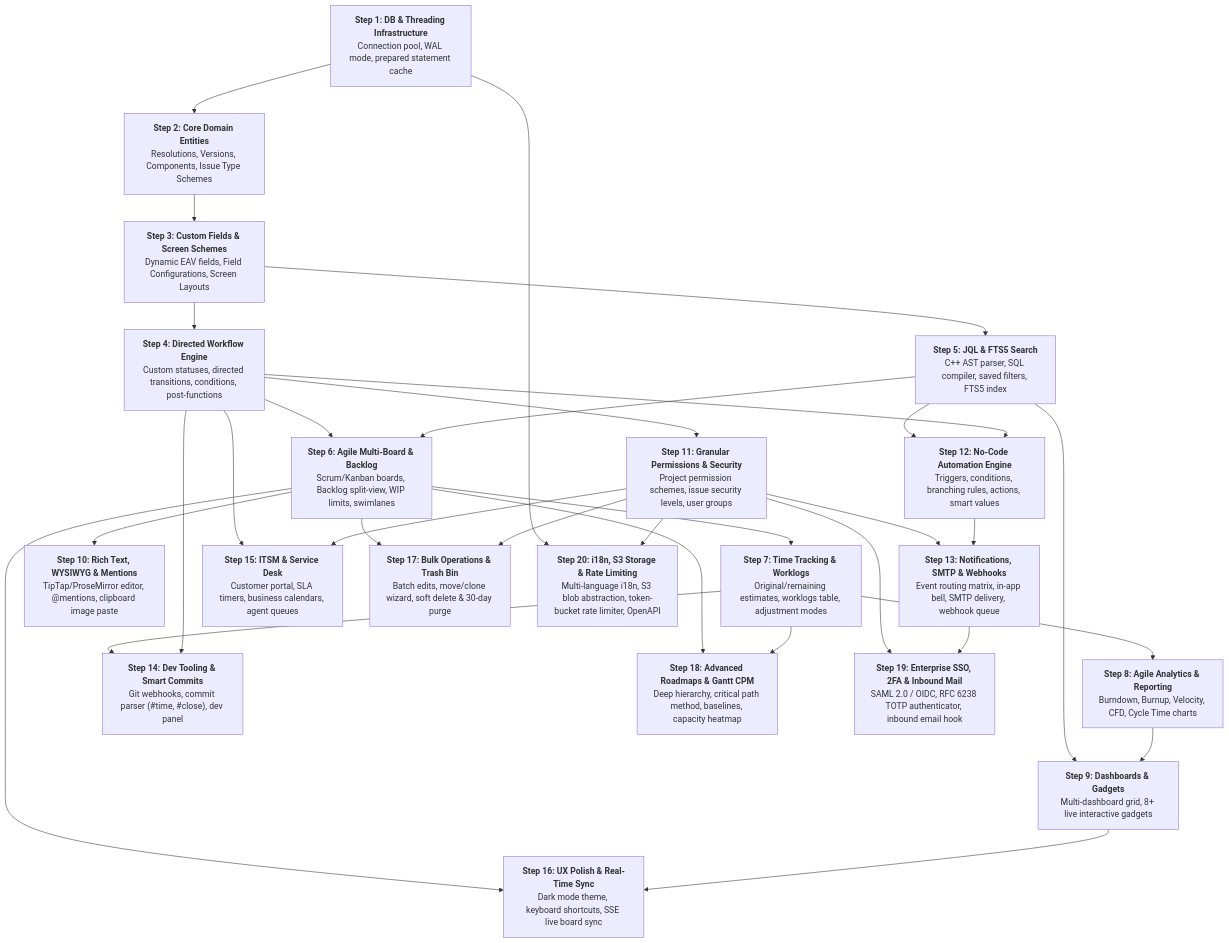
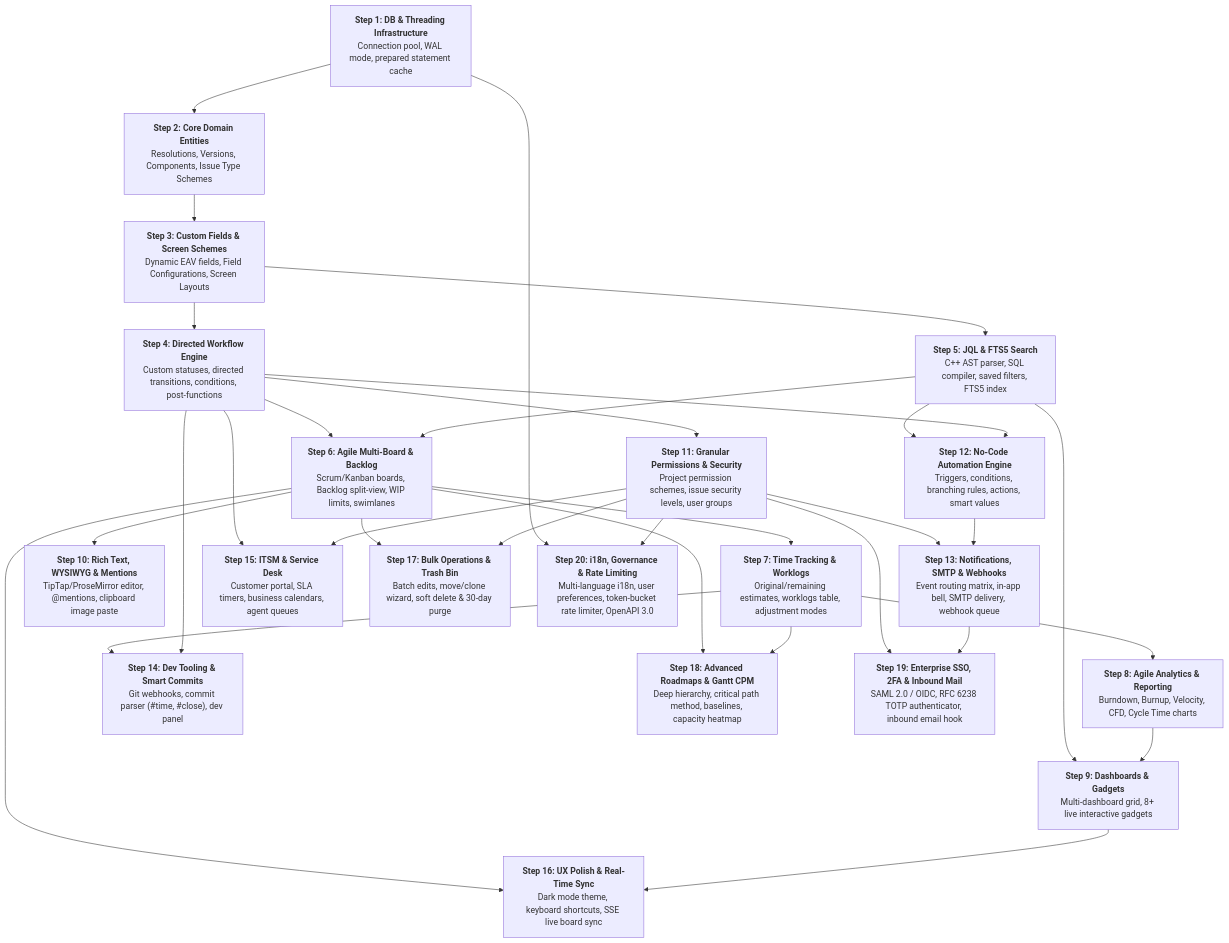
The diagram in demos/jiralike-demo/TODO.md (bokic/cpp_ws_backend), drawn with Mermaid before and after one commit. The commit also changed other lines of this file and 17 other files, not shown here.

Commit message:
jiralike-demo - Internationalization (i18n), Locale Preferences & Rate-Limiting Governance

````diff
--- a/demos/jiralike-demo/TODO.md
+++ b/demos/jiralike-demo/TODO.md
@@ -686,55 +686,55 @@
 ```mermaid
 flowchart TD
     S01["<b>Step 1: DB & Threading Infrastructure</b><br/>Connection pool, WAL mode, prepared statement cache"]
     S02["<b>Step 2: Core Domain Entities</b><br/>Resolutions, Versions, Components, Issue Type Schemes"]
     S03["<b>Step 3: Custom Fields & Screen Schemes</b><br/>Dynamic EAV fields, Field Configurations, Screen Layouts"]
     S04["<b>Step 4: Directed Workflow Engine</b><br/>Custom statuses, directed transitions, conditions, post-functions"]
     S05["<b>Step 5: JQL & FTS5 Search</b><br/>C++ AST parser, SQL compiler, saved filters, FTS5 index"]
     S06["<b>Step 6: Agile Multi-Board & Backlog</b><br/>Scrum/Kanban boards, Backlog split-view, WIP limits, swimlanes"]
     S07["<b>Step 7: Time Tracking & Worklogs</b><br/>Original/remaining estimates, worklogs table, adjustment modes"]
     S08["<b>Step 8: Agile Analytics & Reporting</b><br/>Burndown, Burnup, Velocity, CFD, Cycle Time charts"]
     S09["<b>Step 9: Dashboards & Gadgets</b><br/>Multi-dashboard grid, 8+ live interactive gadgets"]
     S10["<b>Step 10: Rich Text, WYSIWYG & Mentions</b><br/>TipTap/ProseMirror editor, @mentions, clipboard image paste"]
     S11["<b>Step 11: Granular Permissions & Security</b><br/>Project permission schemes, issue security levels, user groups"]
     S12["<b>Step 12: No-Code Automation Engine</b><br/>Triggers, conditions, branching rules, actions, smart values"]
     S13["<b>Step 13: Notifications, SMTP & Webhooks</b><br/>Event routing matrix, in-app bell, SMTP delivery, webhook queue"]
     S14["<b>Step 14: Dev Tooling & Smart Commits</b><br/>Git webhooks, commit parser (#time, #close), dev panel"]
     S15["<b>Step 15: ITSM & Service Desk</b><br/>Customer portal, SLA timers, business calendars, agent queues"]
     S16["<b>Step 16: UX Polish & Real-Time Sync</b><br/>Dark mode theme, keyboard shortcuts, SSE live board sync"]
 
     S01 --> S02
     S02 --> S03
     S03 --> S04
     S03 --> S05
     S04 --> S06
     S05 --> S06
     S06 --> S07
     S07 --> S08
     S05 --> S09
     S08 --> S09
     S06 --> S10
     S04 --> S11
     S05 --> S12
     S04 --> S12
     S11 --> S13
     S12 --> S13
     S07 --> S14
     S04 --> S14
     S04 --> S15
     S11 --> S15
     S06 --> S16
     S09 --> S16
     S17["<b>Step 17: Bulk Operations & Trash Bin</b><br/>Batch edits, move/clone wizard, soft delete & 30-day purge"]
     S18["<b>Step 18: Advanced Roadmaps & Gantt CPM</b><br/>Deep hierarchy, critical path method, baselines, capacity heatmap"]
     S19["<b>Step 19: Enterprise SSO, 2FA & Inbound Mail</b><br/>SAML 2.0 / OIDC, RFC 6238 TOTP authenticator, inbound email hook"]
-    S20["<b>Step 20: i18n, S3 Storage & Rate Limiting</b><br/>Multi-language i18n, S3 blob abstraction, token-bucket rate limiter, OpenAPI"]
+    S20["<b>Step 20: i18n, Governance & Rate Limiting</b><br/>Multi-language i18n, user preferences, token-bucket rate limiter, OpenAPI 3.0"]
 
     S06 --> S17
     S11 --> S17
     S06 --> S18
     S07 --> S18
     S11 --> S19
     S13 --> S19
     S01 --> S20
     S11 --> S20
 ```
````
